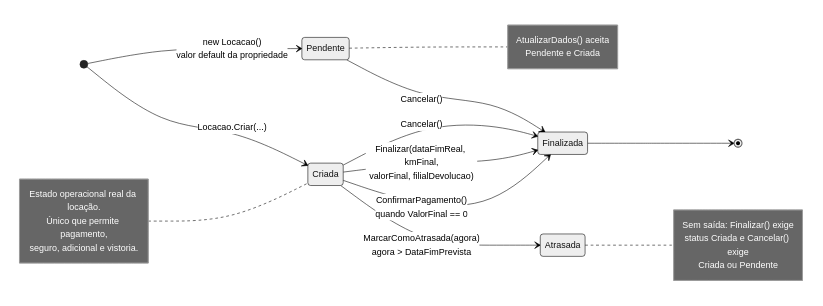
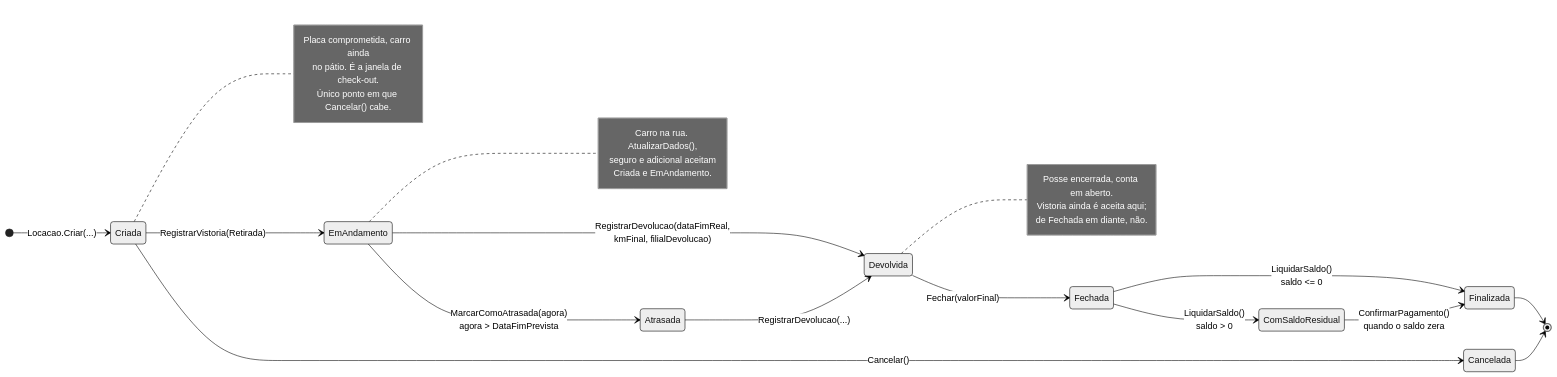
One commit to andreo210/Locadora_Auto changed the first of 12 diagrams in docs/05-maquinas-de-estado.md. Above: the diagram before and after it, drawn with Mermaid (neutral theme). The commit also changed other lines of this file and 13 other files, not shown here.

````diff
--- a/docs/05-maquinas-de-estado.md
+++ b/docs/05-maquinas-de-estado.md
@@ -11,32 +11,40 @@
 ```mermaid
 stateDiagram-v2
     direction LR
 
-    [*] --> Pendente : new Locacao()<br/>valor default da propriedade
     [*] --> Criada : Locacao.Criar(...)
 
-    Pendente --> Finalizada : Cancelar()
-    Criada --> Finalizada : Cancelar()
-    Criada --> Finalizada : Finalizar(dataFimReal, kmFinal,<br/>valorFinal, filialDevolucao)
-    Criada --> Finalizada : ConfirmarPagamento()<br/>quando ValorFinal == 0
-    Criada --> Atrasada : MarcarComoAtrasada(agora)<br/>agora > DataFimPrevista
+    Criada --> EmAndamento : RegistrarVistoria(Retirada)
+    Criada --> Cancelada : Cancelar()
+
+    EmAndamento --> Atrasada : MarcarComoAtrasada(agora)<br/>agora > DataFimPrevista
+    EmAndamento --> Devolvida : RegistrarDevolucao(dataFimReal,<br/>kmFinal, filialDevolucao)
+    Atrasada --> Devolvida : RegistrarDevolucao(...)
+
+    Devolvida --> Fechada : Fechar(valorFinal)
+
+    Fechada --> Finalizada : LiquidarSaldo()<br/>saldo <= 0
+    Fechada --> ComSaldoResidual : LiquidarSaldo()<br/>saldo > 0
+    ComSaldoResidual --> Finalizada : ConfirmarPagamento()<br/>quando o saldo zera
 
     Finalizada --> [*]
+    Cancelada --> [*]
 
-    note right of Pendente
-        AtualizarDados() aceita
-        Pendente e Criada
+    note right of Criada
+        Placa comprometida, carro ainda
+        no pátio. É a janela de check-out.
+        Único ponto em que Cancelar() cabe.
     end note
 
-    note right of Atrasada
-        Sem saída: Finalizar() exige
-        status Criada e Cancelar() exige
-        Criada ou Pendente
+    note right of EmAndamento
+        Carro na rua. AtualizarDados(),
+        seguro e adicional aceitam
+        Criada e EmAndamento.
     end note
 
-    note left of Criada
-        Estado operacional real da locação.
-        Único que permite pagamento,
-        seguro, adicional e vistoria.
+    note right of Devolvida
+        Posse encerrada, conta em aberto.
+        Vistoria ainda é aceita aqui;
+        de Fechada em diante, não.
     end note
 ```
````
